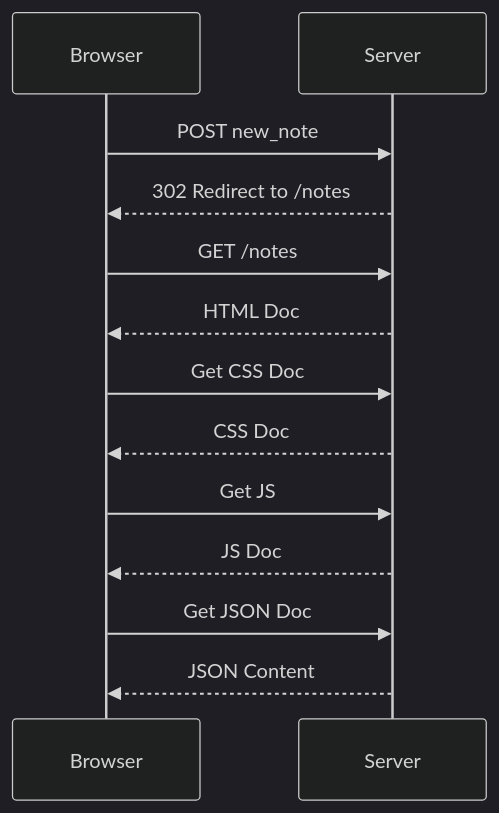
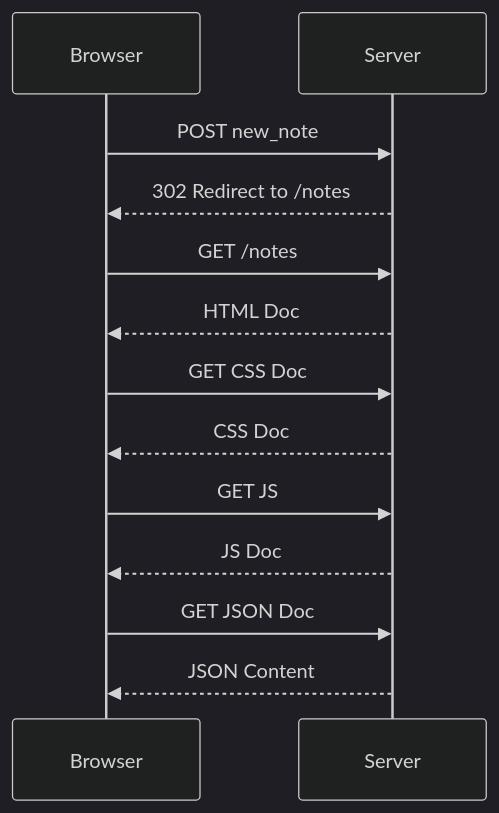
One commit to funkiv/FullStackOpen1 changed the diagram in part0/newNoteAction.md. Above: the diagram before and after it, drawn with Mermaid (dark theme).

Commit message:
Change Syntax

````diff
--- a/part0/newNoteAction.md
+++ b/part0/newNoteAction.md
@@ -1,15 +1,15 @@
 ```mermaid
 sequenceDiagram
     participant A as Browser
     participant B as Server
     A->>B: POST new_note
     B-->>A: 302 Redirect to /notes
     A->>B: GET /notes
     B-->>A: HTML Doc
-    A->>B: Get CSS Doc
+    A->>B: GET CSS Doc
     B-->>A: CSS Doc
-    A->>B: Get JS
+    A->>B: GET JS
     B-->>A: JS Doc
-    A->>B: Get JSON Doc
+    A->>B: GET JSON Doc
     B-->>A: JSON Content
 ```
````
